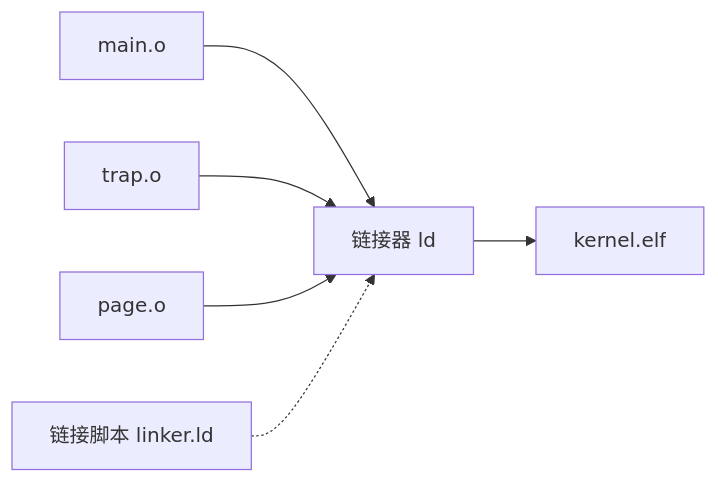
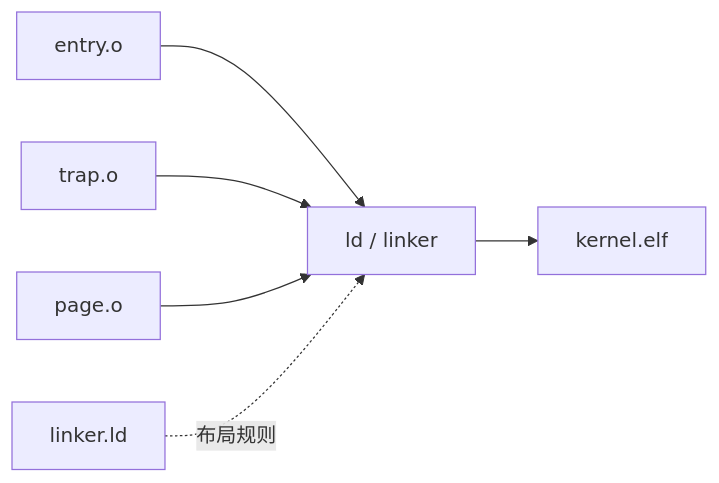
One commit to AuroBreeze/FrostVistaWiki changed the second of 4 diagrams in docs/tools/linker-elf.md. Above: the diagram before and after it, drawn with Mermaid. The commit also changed other lines of this file and 3 other files, not shown here.

First line of the commit message:
docs(chapters): complete 00-overview with startup flow and linker script details

````diff
--- a/docs/tools/linker-elf.md
+++ b/docs/tools/linker-elf.md
@@ -13,8 +77,8 @@
 ```mermaid
 graph LR
-    A[main.o] --> D[链接器 ld]
+    A[entry.o] --> D[ld / linker]
     B[trap.o] --> D
     C[page.o] --> D
-    D --> E[kernel.elf]
-    F[链接脚本 linker.ld] -.-> D
+    E[linker.ld] -.布局规则.-> D
+    D --> F[kernel.elf]
 ```
````
